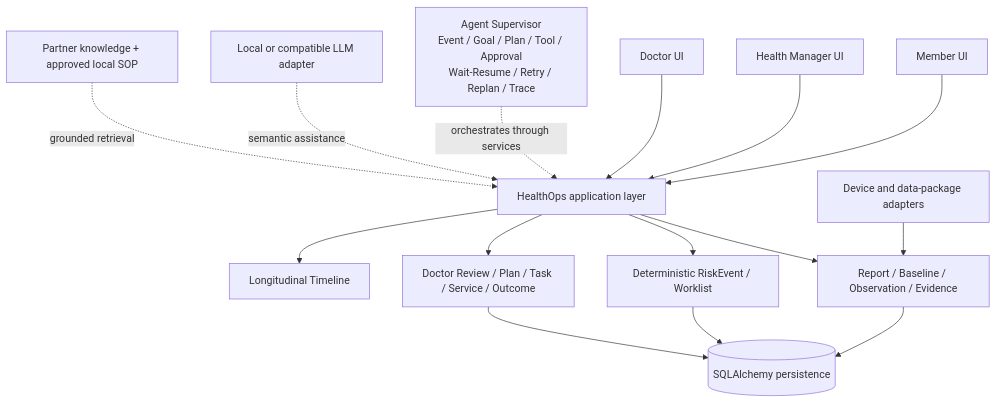
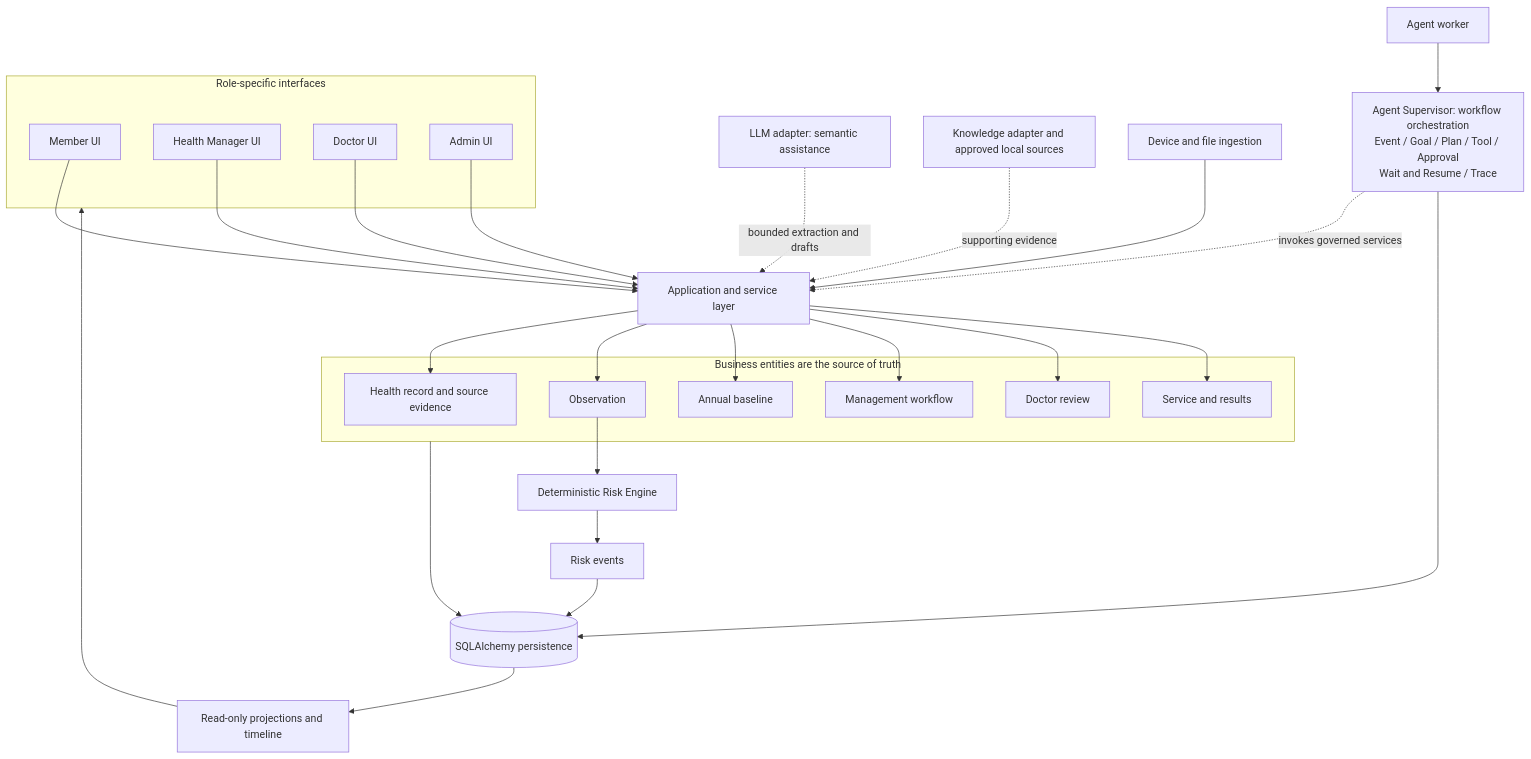
One commit to KaedeharaT/executive-healthops changed the third of 3 diagrams in README.md. Above: the diagram before and after it, drawn with Mermaid. The commit also changed other lines of this file and 10 other files, not shown here.

Commit message:
docs: refresh HealthOps portfolio for current agent workflows

````diff
--- a/README.md
+++ b/README.md
@@ -170,21 +178,39 @@
 ```mermaid
 flowchart TB
-    M[Member UI] --> A[HealthOps application layer]
-    H[Health Manager UI] --> A
-    D[Doctor UI] --> A
-
-    A --> C[Report / Baseline / Observation / Evidence]
-    A --> R[Deterministic RiskEvent / Worklist]
-    A --> W[Doctor Review / Plan / Task / Service / Outcome]
-    A --> T[Longitudinal Timeline]
-
-    S[Agent Supervisor<br/>Event / Goal / Plan / Tool / Approval<br/>Wait-Resume / Retry / Replan / Trace] -. orchestrates through services .-> A
-
-    C --> DB[(SQLAlchemy persistence)]
-    R --> DB
-    W --> DB
-
-    AI[Local or compatible LLM adapter] -. semantic assistance .-> A
-    K[Partner knowledge + approved local SOP] -. grounded retrieval .-> A
-    V[Device and data-package adapters] --> C
+    subgraph UI[Role-specific interfaces]
+        MU[Member UI]
+        HU[Health Manager UI]
+        DU[Doctor UI]
+        AU[Admin UI]
+    end
+    MU --> APP[Application and service layer]
+    HU --> APP
+    DU --> APP
+    AU --> APP
+    subgraph DOMAIN[Business entities are the source of truth]
+        HR[Health record and source evidence]
+        OB[Observation]
+        BA[Annual baseline]
+        MW[Management workflow]
+        DR[Doctor review]
+        SV[Service and results]
+    end
+    APP --> HR
+    APP --> OB
+    APP --> BA
+    APP --> MW
+    APP --> DR
+    APP --> SV
+    DOMAIN --> DB[(SQLAlchemy persistence)]
+    DB --> PV[Read-only projections and timeline]
+    PV --> UI
+    AS[Agent Supervisor: workflow orchestration<br/>Event / Goal / Plan / Tool / Approval<br/>Wait and Resume / Trace] -. invokes governed services .-> APP
+    AS --> DB
+    WK[Agent worker] --> AS
+    LLM[LLM adapter: semantic assistance] -. bounded extraction and drafts .-> APP
+    KN[Knowledge adapter and approved local sources] -. supporting evidence .-> APP
+    IN[Device and file ingestion] --> APP
+    OB --> RE[Deterministic Risk Engine]
+    RE --> RF[Risk events]
+    RF --> DB
 ```
````
